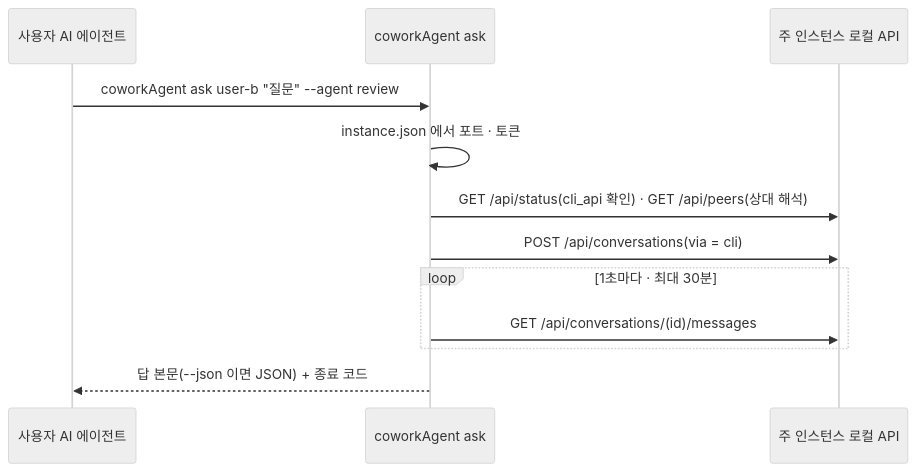
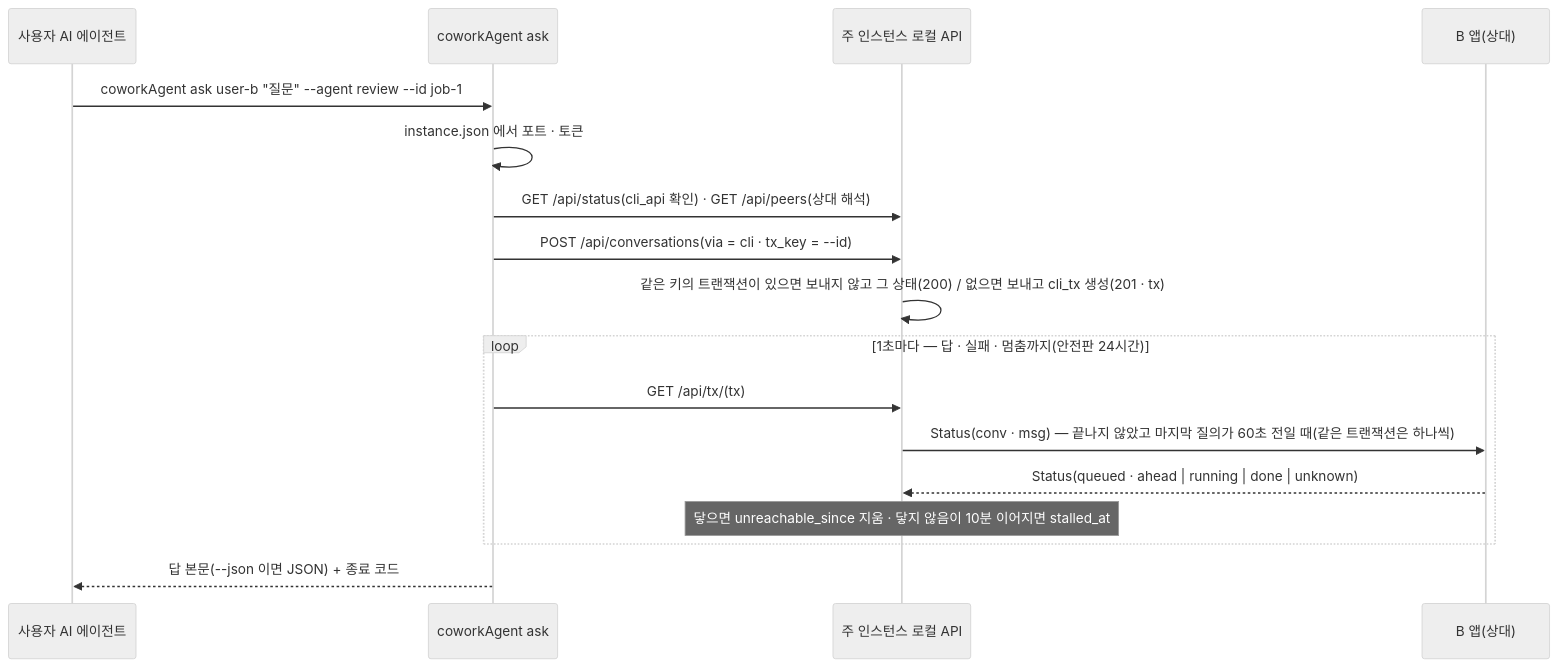
Before and after one commit to Softcamp-SaaS-RND/coworkAgent: the eighth of 9 diagrams in docs/manual/dev/developer-guide.md, drawn with Mermaid (neutral theme). The commit also changed other lines of this file and 108 other files, not shown here.

First line of the commit message:
coworkAgent Phase 1 오버플로 — Task 1a · 1b · 1c (squash)

````diff
--- a/docs/manual/dev/developer-guide.md
+++ b/docs/manual/dev/developer-guide.md
@@ -413,14 +535,19 @@
 ```mermaid
 sequenceDiagram
   participant AI as 사용자 AI 에이전트
   participant CLI as coworkAgent ask
   participant A as 주 인스턴스 로컬 API
-  AI->>CLI: coworkAgent ask user-b "질문" --agent review
+  participant B as B 앱(상대)
+  AI->>CLI: coworkAgent ask user-b "질문" --agent review --id job-1
   CLI->>CLI: instance.json 에서 포트 · 토큰
   CLI->>A: GET /api/status(cli_api 확인) · GET /api/peers(상대 해석)
-  CLI->>A: POST /api/conversations(via = cli)
-  loop 1초마다 · 최대 30분
-    CLI->>A: GET /api/conversations/(id)/messages
+  CLI->>A: POST /api/conversations(via = cli · tx_key = --id)
+  A->>A: 같은 키의 트랜잭션이 있으면 보내지 않고 그 상태(200) / 없으면 보내고 cli_tx 생성(201 · tx)
+  loop 1초마다 — 답 · 실패 · 멈춤까지(안전판 24시간)
+    CLI->>A: GET /api/tx/(tx)
+    A->>B: Status(conv · msg) — 끝나지 않았고 마지막 질의가 60초 전일 때(같은 트랜잭션은 하나씩)
+    B-->>A: Status(queued · ahead | running | done | unknown)
+    Note over A: 닿으면 unreachable_since 지움 · 닿지 않음이 10분 이어지면 stalled_at
   end
   CLI-->>AI: 답 본문(--json 이면 JSON) + 종료 코드
 ```
````
